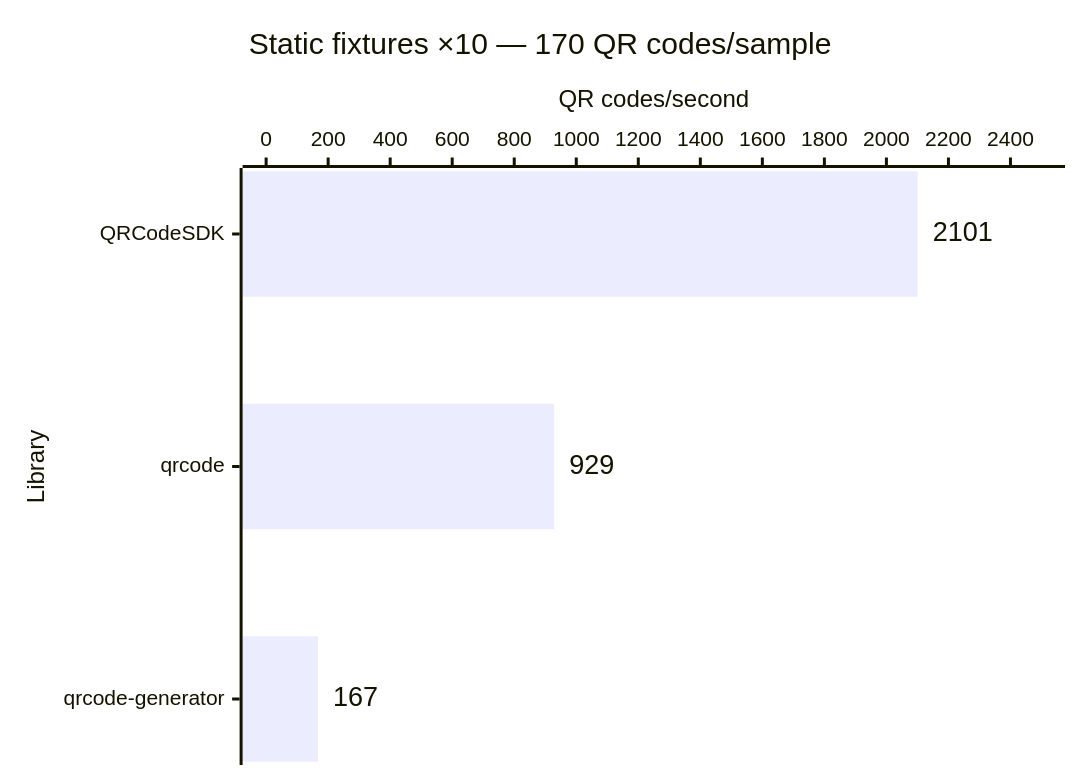
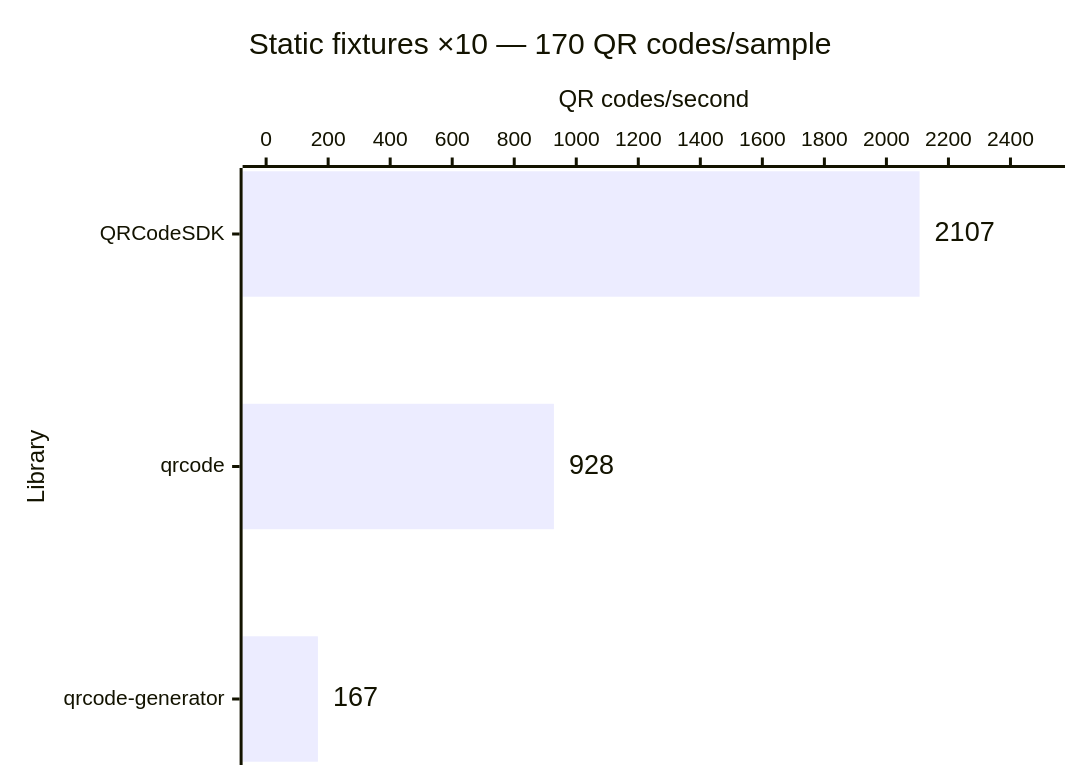
The sixth of 14 diagrams in apps/docs/src/content/docs/learn/performance.md (Dafnik/qrcodesdk), drawn with Mermaid before and after one commit. The commit also changed other lines of this file and 75 other files, not shown here.

````diff
--- a/apps/docs/src/content/docs/learn/performance.md
+++ b/apps/docs/src/content/docs/learn/performance.md
@@ -131,15 +131,15 @@
 ```mermaid
 ---
 config:
   xyChart:
     showDataLabel: true
     showDataLabelOutsideBar: true
 ---
 xychart horizontal
   accTitle: Automatic matrix generation: Static fixtures ×10 — 170 QR codes/sample
-  accDescr: Throughput calculated from median time. QRCodeSDK 2,101 QR codes per second, qrcode 929 QR codes per second, qrcode-generator 167 QR codes per second. Higher is better.
+  accDescr: Throughput calculated from median time. QRCodeSDK 2,107 QR codes per second, qrcode 928 QR codes per second, qrcode-generator 167 QR codes per second. Higher is better.
   title "Static fixtures ×10 — 170 QR codes/sample"
   x-axis "Library" ["QRCodeSDK", "qrcode", "qrcode-generator"]
   y-axis "QR codes/second" 0 --> 2500
-  bar [2101, 929, 167]
+  bar [2107, 928, 167]
 ```
````
